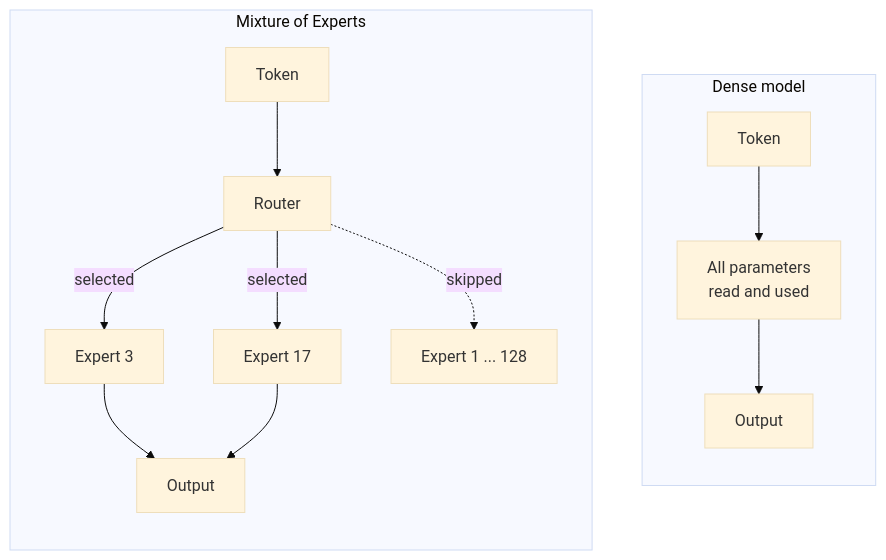
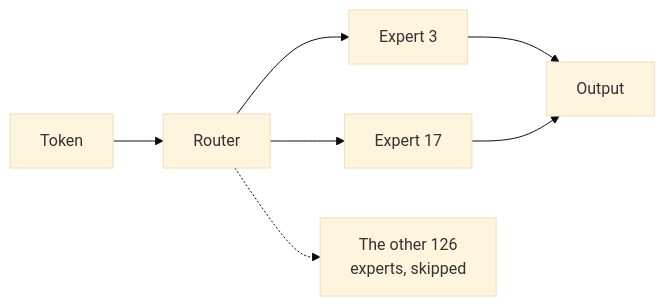
One commit to kamil-kielbasa/ai-infrastructure-book changed the diagram in book/03-dense-and-sparse.md. Above: the diagram before and after it, drawn with Mermaid (base theme). The commit also changed 15 other files, not shown here.

Commit message:
fix: pin mermaid and mathjax to working majors, trim part V

````diff
--- a/book/03-dense-and-sparse.md
+++ b/book/03-dense-and-sparse.md
@@ -13,18 +13,9 @@
 ```mermaid
-flowchart TB
-    subgraph dense [Dense model]
-        direction TB
-        DT[Token] --> DA[All parameters<br/>read and used]
-        DA --> DO[Output]
-    end
-
-    subgraph moe [Mixture of Experts]
-        direction TB
-        MT[Token] --> R[Router]
-        R -->|selected| E1[Expert 3]
-        R -->|selected| E2[Expert 17]
-        R -.->|skipped| E3[Expert 1 ... 128]
-        E1 --> MO[Output]
-        E2 --> MO
-    end
+flowchart LR
+    T[Token] --> R[Router]
+    R --> E1[Expert 3]
+    R --> E2[Expert 17]
+    R -.-> E3[The other 126<br/>experts, skipped]
+    E1 --> O[Output]
+    E2 --> O
 ```
````
